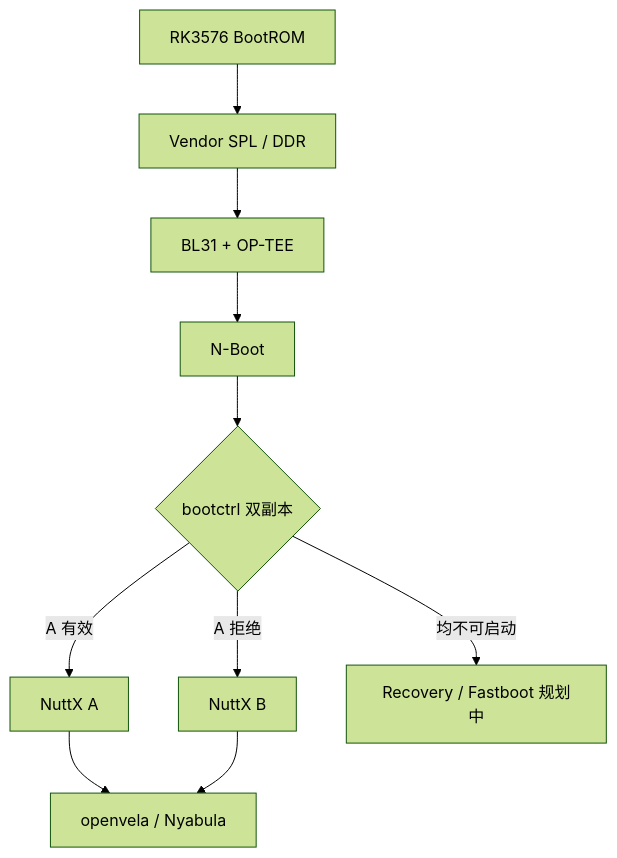
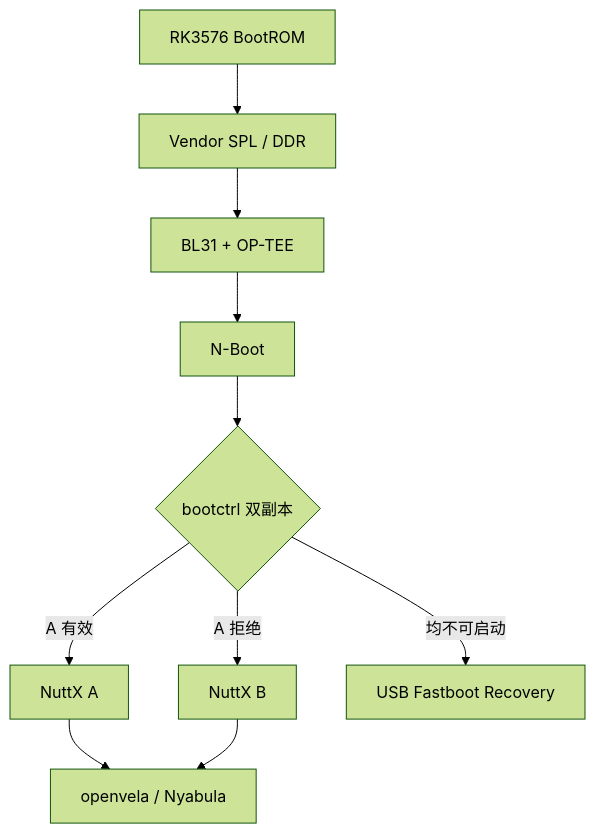
One commit to BeaconCat/N-Boot changed the diagram in README.md. Above: the diagram before and after it, drawn with Mermaid (forest theme). The commit also changed other lines of this file and 2 other files, not shown here.

First line of the commit message:
docs: record verified Fastboot recovery

````diff
--- a/README.md
+++ b/README.md
@@ -43,12 +43,12 @@
 ```mermaid
 flowchart TD
     ROM[RK3576 BootROM] --> SPL[Vendor SPL / DDR]
     SPL --> ATF[BL31 + OP-TEE]
     ATF --> NB[N-Boot]
     NB --> BC{bootctrl 双副本}
     BC -->|A 有效| A[NuttX A]
     BC -->|A 拒绝| B[NuttX B]
-    BC -->|均不可启动| REC[Recovery / Fastboot 规划中]
+    BC -->|均不可启动| REC[USB Fastboot Recovery]
     A --> OK[openvela / Nyabula]
     B --> OK
 ```
````
